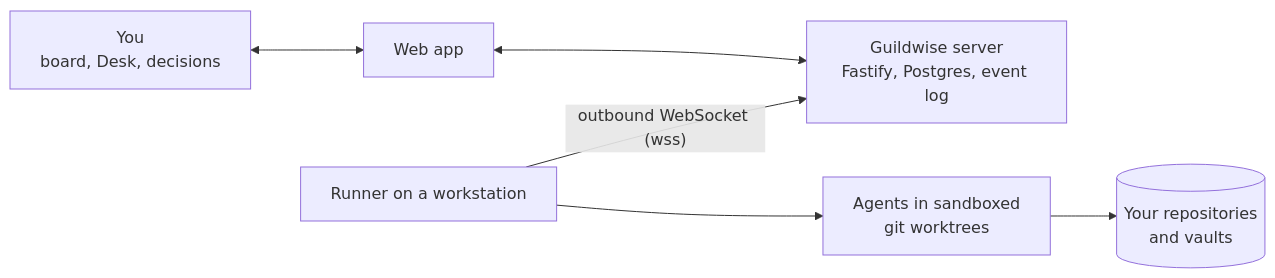
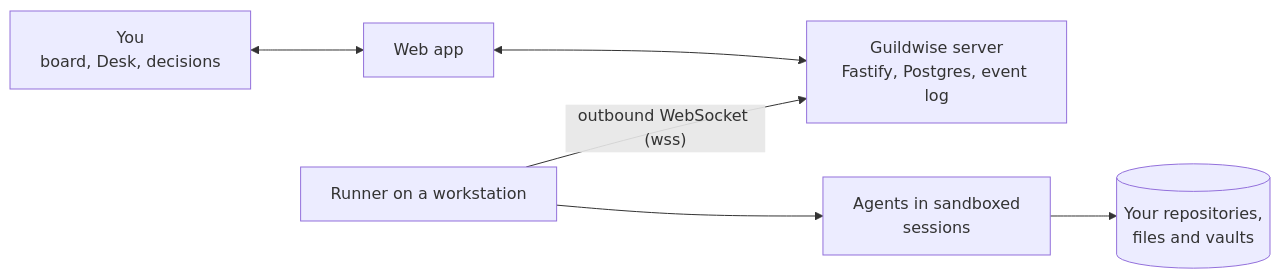
The diagram in README.md (exinarium/GuildwiseHQ), drawn with Mermaid before and after one commit. The commit also changed other lines of this file and 5 other files, not shown here.

````diff
--- a/README.md
+++ b/README.md
@@ -71,8 +74,8 @@
 ```mermaid
 flowchart LR
     You["You<br/>board, Desk, decisions"] <--> Web["Web app"]
     Web <--> Server["Guildwise server<br/>Fastify, Postgres, event log"]
     Runner["Runner on a workstation"] -- "outbound WebSocket (wss)" --> Server
-    Runner --> Agents["Agents in sandboxed<br/>git worktrees"]
-    Agents --> Repos[("Your repositories<br/>and vaults")]
+    Runner --> Agents["Agents in sandboxed<br/>sessions"]
+    Agents --> Repos[("Your repositories,<br/>files and vaults")]
 ```
````
